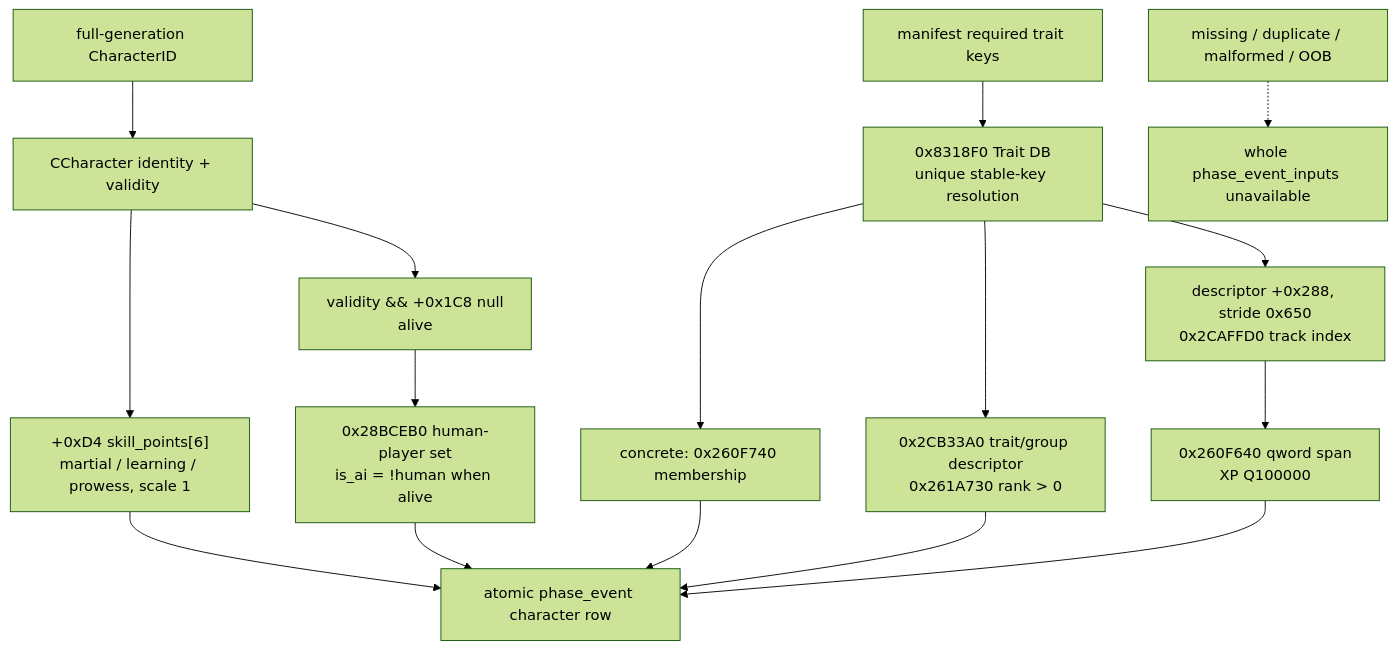
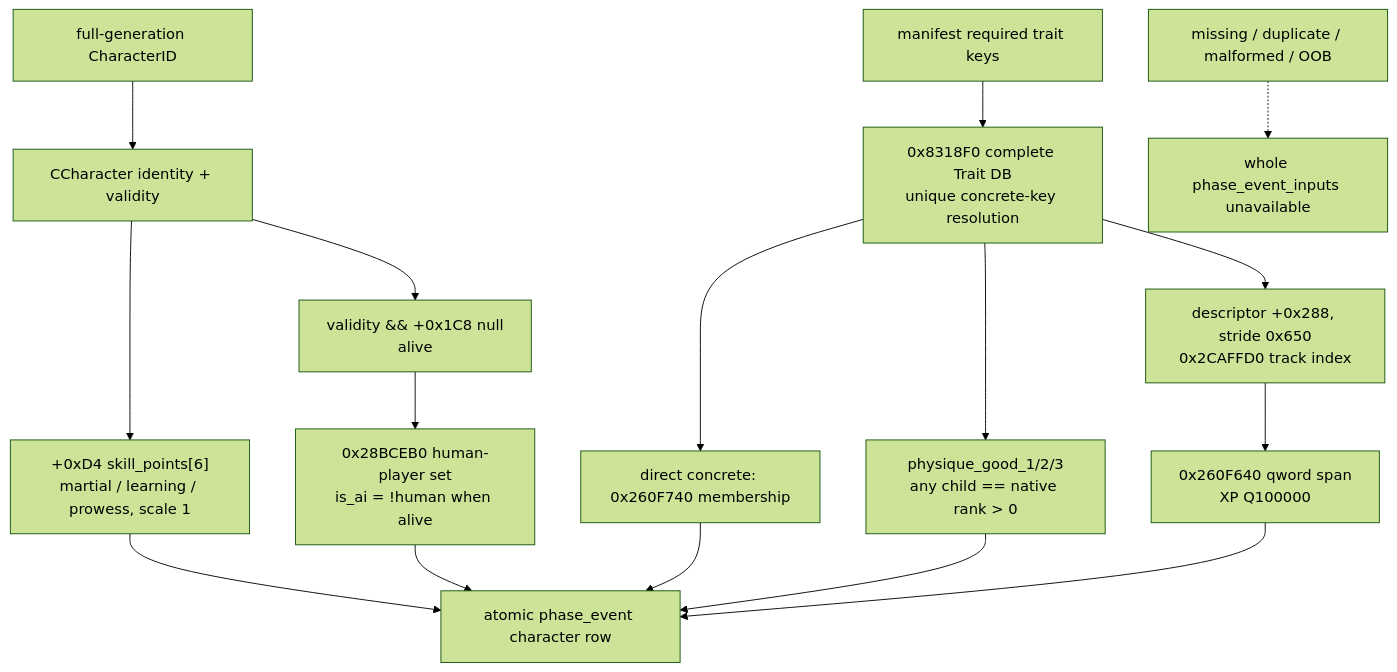
One commit to XenoAmess/ck3_eternal_recurrence changed the seventh of 23 diagrams in docs/ck3-native-ai/combat-phase-events.md. Above: the diagram before and after it, drawn with Mermaid (forest theme). The commit also changed other lines of this file and 54 other files, not shown here.

````diff
--- a/docs/ck3-native-ai/combat-phase-events.md
+++ b/docs/ck3-native-ai/combat-phase-events.md
@@ -629,18 +640,18 @@
 ```mermaid
 flowchart TD
     I["full-generation CharacterID"] --> C["CCharacter identity + validity"]
     C --> S["+0xD4 skill_points[6]<br/>martial / learning / prowess, scale 1"]
     C --> L["validity && +0x1C8 null<br/>alive"]
     L --> A["0x28BCEB0 human-player set<br/>is_ai = !human when alive"]
-    M["manifest required trait keys"] --> D["0x8318F0 Trait DB<br/>unique stable-key resolution"]
-    D --> H["concrete: 0x260F740 membership"]
-    D --> G["0x2CB33A0 trait/group descriptor<br/>0x261A730 rank > 0"]
+    M["manifest required trait keys"] --> D["0x8318F0 complete Trait DB<br/>unique concrete-key resolution"]
+    D --> H["direct concrete: 0x260F740 membership"]
+    D --> G["physique_good_1/2/3<br/>any child == native rank > 0"]
     D --> X["descriptor +0x288, stride 0x650<br/>0x2CAFFD0 track index"]
     X --> P["0x260F640 qword span<br/>XP Q100000"]
     S --> O["atomic phase_event character row"]
     A --> O
     H --> O
     G --> O
     P --> O
     E["missing / duplicate / malformed / OOB"] -.-> U["whole phase_event_inputs unavailable"]
 ```
````
